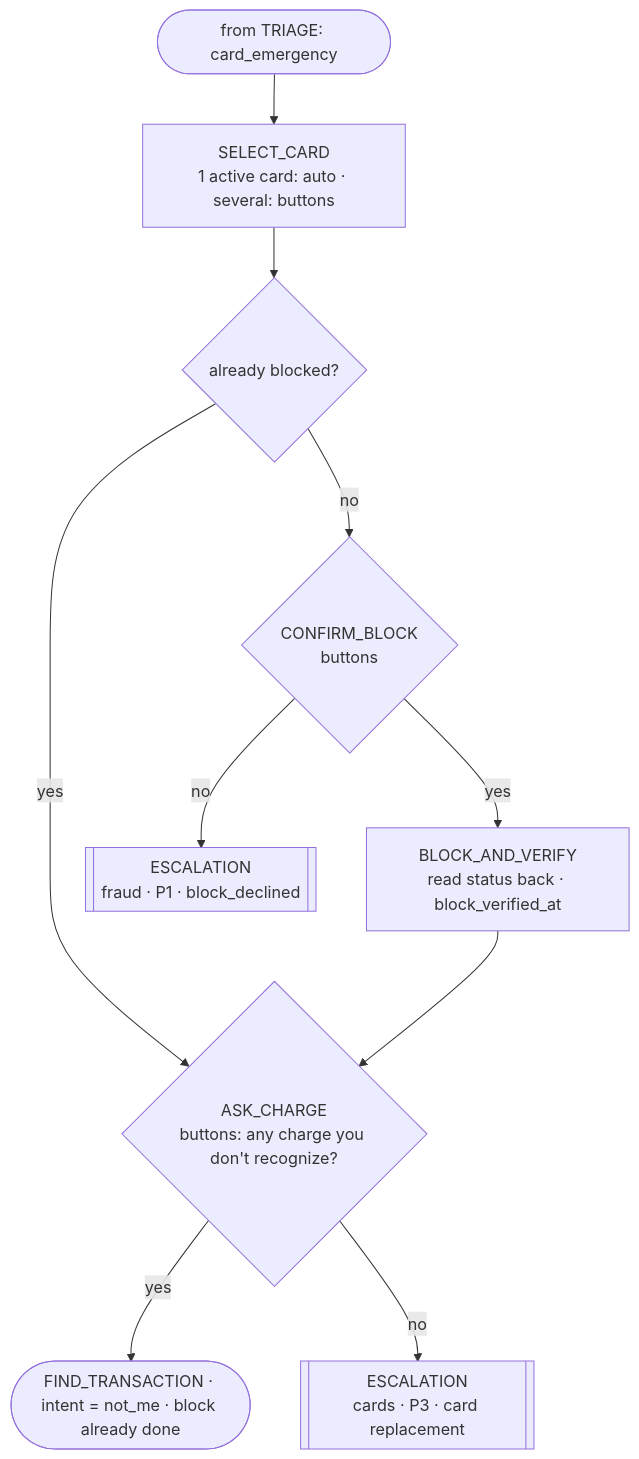
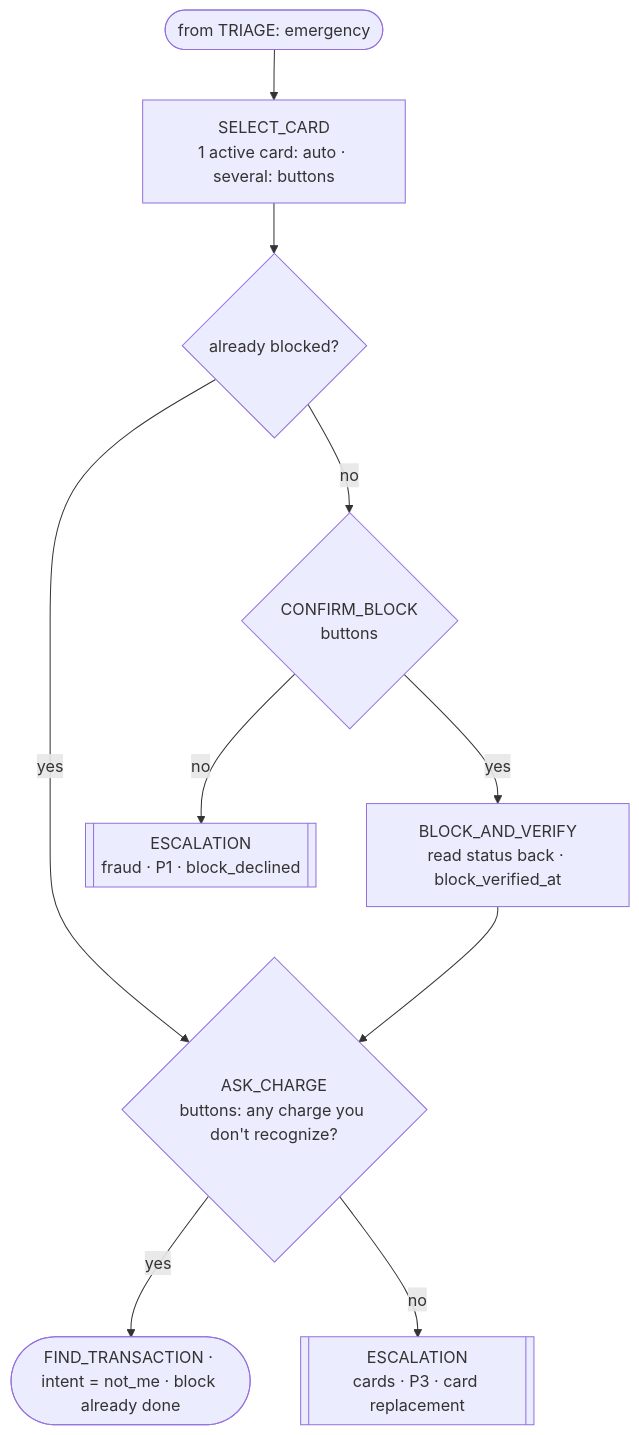
Before and after one commit to Valeriacv918/factored-hackathon-2026-epsilon-greedy: the second of 5 diagrams in docs/STATE_MACHINE2.md, drawn with Mermaid. The commit also changed other lines of this file and 19 other files, not shown here.

````diff
--- a/docs/STATE_MACHINE2.md
+++ b/docs/STATE_MACHINE2.md
@@ -54,12 +54,12 @@
 ```mermaid
 flowchart TD
-    IN([from TRIAGE: card_emergency]) --> SEL["SELECT_CARD<br/>1 active card: auto · several: buttons"]
+    IN([from TRIAGE: emergency]) --> SEL["SELECT_CARD<br/>1 active card: auto · several: buttons"]
     SEL --> AB{already blocked?}
     AB -- no --> CB{"CONFIRM_BLOCK<br/>buttons"}
     CB -- yes --> BV["BLOCK_AND_VERIFY<br/>read status back · block_verified_at"]
     CB -- no --> ESCP1[["ESCALATION<br/>fraud · P1 · block_declined"]]
     AB -- yes --> ASK
     BV --> ASK{"ASK_CHARGE<br/>buttons: any charge you don't recognize?"}
     ASK -- yes --> FIND([FIND_TRANSACTION · intent = not_me · block already done])
     ASK -- no --> ESCP3[["ESCALATION<br/>cards · P3 · card replacement"]]
 ```
````
